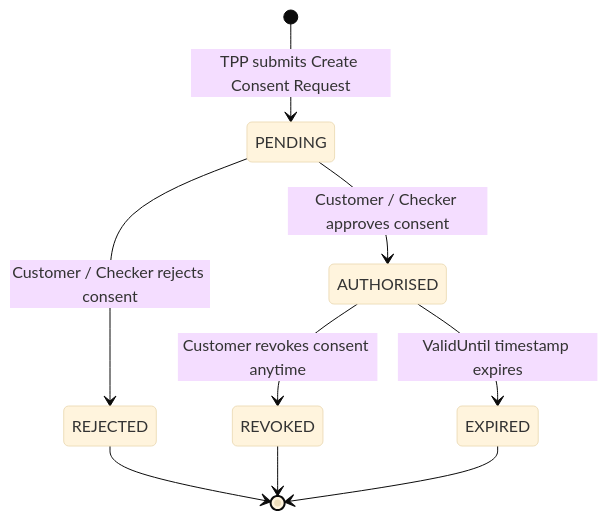
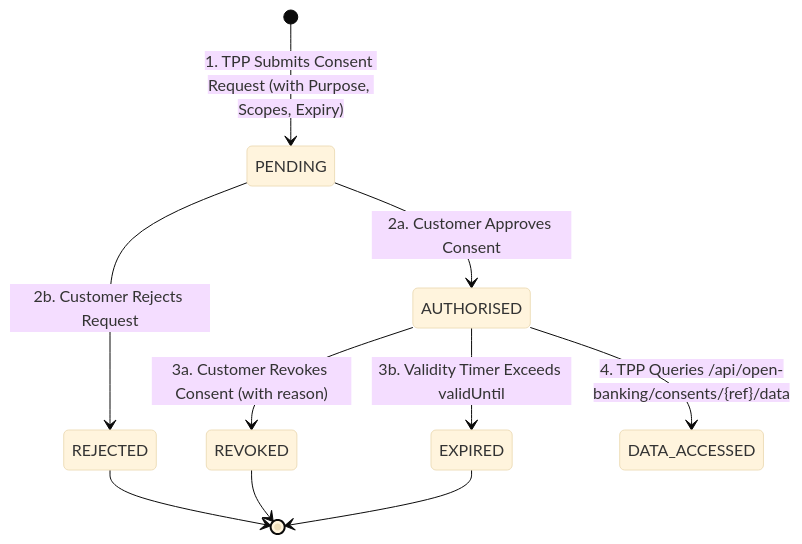
One commit to subash7695eswaran/banfico-banking-system changed the diagram in docs/OPEN_BANKING_CONSENT_FLOW.md. Above: the diagram before and after it, drawn with Mermaid (base theme). The commit also changed other lines of this file and 68 other files, not shown here.

````diff
--- a/docs/OPEN_BANKING_CONSENT_FLOW.md
+++ b/docs/OPEN_BANKING_CONSENT_FLOW.md
@@ -8,14 +39,16 @@
 ```mermaid
 stateDiagram-v2
-    [*] --> PENDING: TPP submits Create Consent Request
+    [*] --> PENDING: 1. TPP Submits Consent Request (with Purpose, Scopes, Expiry)
     
-    PENDING --> AUTHORISED: Customer / Checker approves consent
-    PENDING --> REJECTED: Customer / Checker rejects consent
+    PENDING --> AUTHORISED: 2a. Customer Approves Consent
+    PENDING --> REJECTED: 2b. Customer Rejects Request
     
-    AUTHORISED --> REVOKED: Customer revokes consent anytime
-    AUTHORISED --> EXPIRED: ValidUntil timestamp expires
+    AUTHORISED --> REVOKED: 3a. Customer Revokes Consent (with reason)
+    AUTHORISED --> EXPIRED: 3b. Validity Timer Exceeds validUntil
+    
+    AUTHORISED --> DATA_ACCESSED: 4. TPP Queries /api/open-banking/consents/{ref}/data
     
     REJECTED --> [*]
     REVOKED --> [*]
     EXPIRED --> [*]
 ```
````
